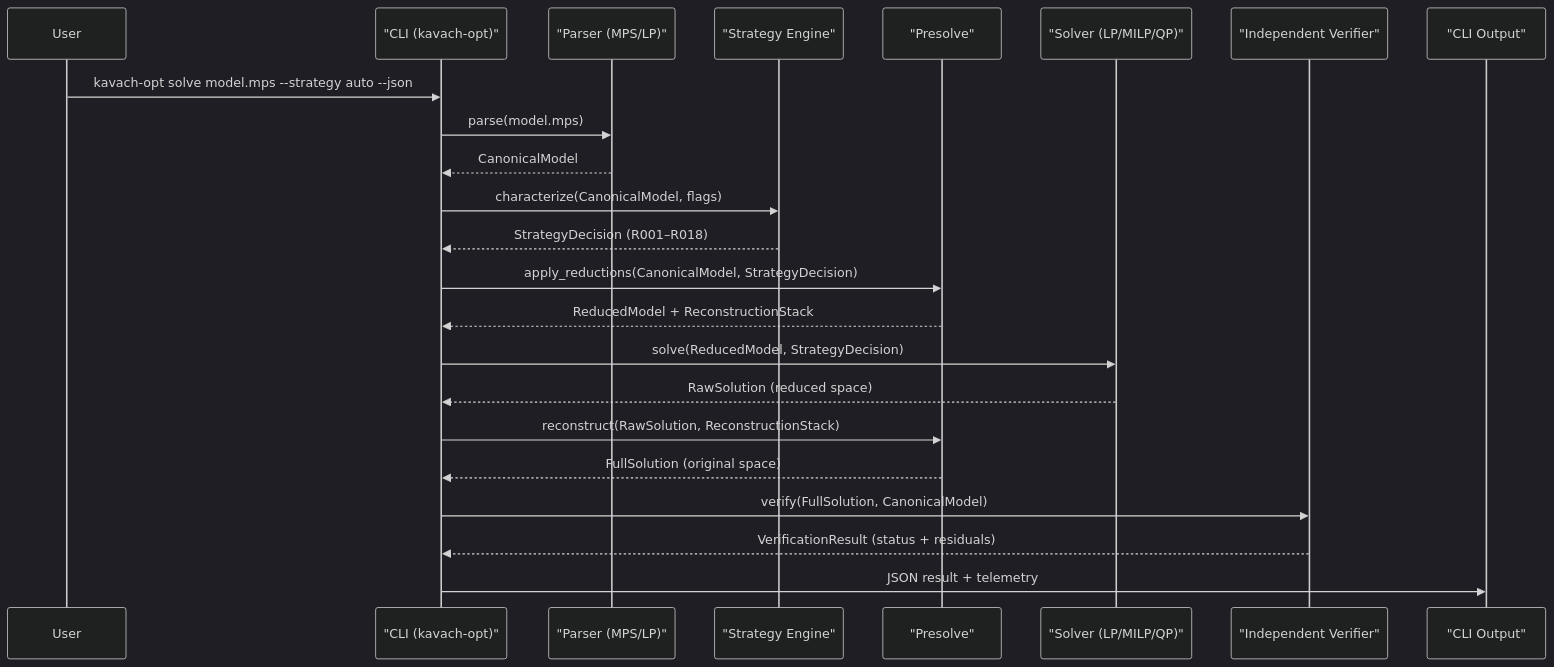
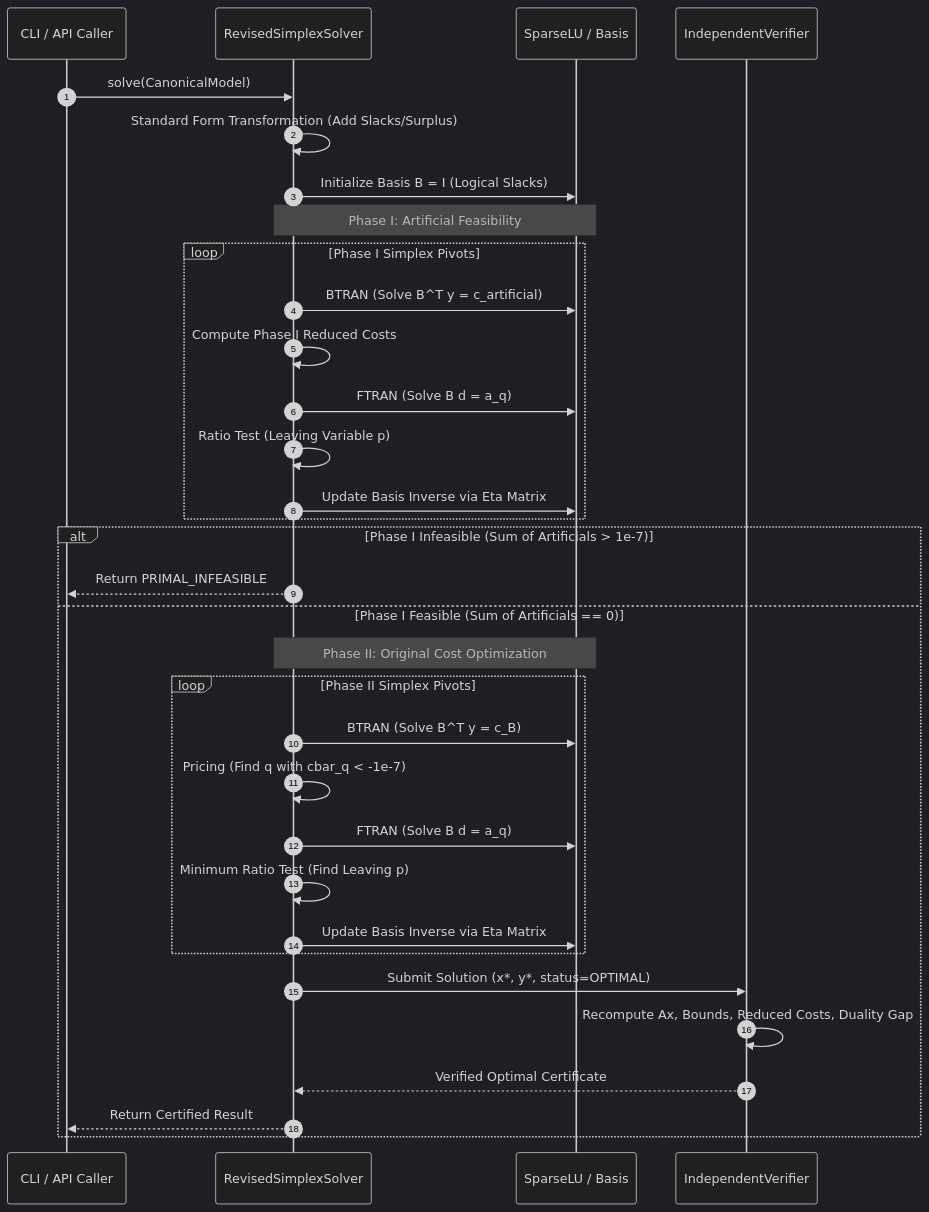
Before and after one commit to madhavansingh/Kavach-opt: the seventh of 17 diagrams in docs/ARCHITECTURE.md, drawn with Mermaid (dark theme). The commit also changed other lines of this file and 38 other files, not shown here.

````diff
--- a/docs/ARCHITECTURE.md
+++ b/docs/ARCHITECTURE.md
@@ -481,26 +458,36 @@
 ```mermaid
 sequenceDiagram
-    participant User
-    participant CLI as "CLI (kavach-opt)"
-    participant Parser as "Parser (MPS/LP)"
-    participant SE as "Strategy Engine"
-    participant Pre as "Presolve"
-    participant Solver as "Solver (LP/MILP/QP)"
-    participant Ver as "Independent Verifier"
-    participant Out as "CLI Output"
+    autonumber
+    participant CLI as CLI / API Caller
+    participant RS as RevisedSimplexSolver
+    participant SLU as SparseLU / Basis
+    participant VER as IndependentVerifier
 
-    User->>CLI: kavach-opt solve model.mps --strategy auto --json
-    CLI->>Parser: parse(model.mps)
-    Parser-->>CLI: CanonicalModel
-    CLI->>SE: characterize(CanonicalModel, flags)
-    SE-->>CLI: StrategyDecision (R001–R018)
-    CLI->>Pre: apply_reductions(CanonicalModel, StrategyDecision)
-    Pre-->>CLI: ReducedModel + ReconstructionStack
-    CLI->>Solver: solve(ReducedModel, StrategyDecision)
-    Solver-->>CLI: RawSolution (reduced space)
-    CLI->>Pre: reconstruct(RawSolution, ReconstructionStack)
-    Pre-->>CLI: FullSolution (original space)
-    CLI->>Ver: verify(FullSolution, CanonicalModel)
-    Ver-->>CLI: VerificationResult (status + residuals)
-    CLI->>Out: JSON result + telemetry
+    CLI->>RS: solve(CanonicalModel)
+    RS->>RS: Standard Form Transformation (Add Slacks/Surplus)
+    RS->>SLU: Initialize Basis B = I (Logical Slacks)
+    Note over RS,SLU: Phase I: Artificial Feasibility
+    loop Phase I Simplex Pivots
+        RS->>SLU: BTRAN (Solve B^T y = c_artificial)
+        RS->>RS: Compute Phase I Reduced Costs
+        RS->>SLU: FTRAN (Solve B d = a_q)
+        RS->>RS: Ratio Test (Leaving Variable p)
+        RS->>SLU: Update Basis Inverse via Eta Matrix
+    end
+    alt Phase I Infeasible (Sum of Artificials > 1e-7)
+        RS-->>CLI: Return PRIMAL_INFEASIBLE
+    else Phase I Feasible (Sum of Artificials == 0)
+        Note over RS,SLU: Phase II: Original Cost Optimization
+        loop Phase II Simplex Pivots
+            RS->>SLU: BTRAN (Solve B^T y = c_B)
+            RS->>RS: Pricing (Find q with cbar_q < -1e-7)
+            RS->>SLU: FTRAN (Solve B d = a_q)
+            RS->>RS: Minimum Ratio Test (Find Leaving p)
+            RS->>SLU: Update Basis Inverse via Eta Matrix
+        end
+        RS->>VER: Submit Solution (x*, y*, status=OPTIMAL)
+        VER->>VER: Recompute Ax, Bounds, Reduced Costs, Duality Gap
+        VER-->>RS: Verified Optimal Certificate
+        RS-->>CLI: Return Certified Result
+    end
 ```
````
